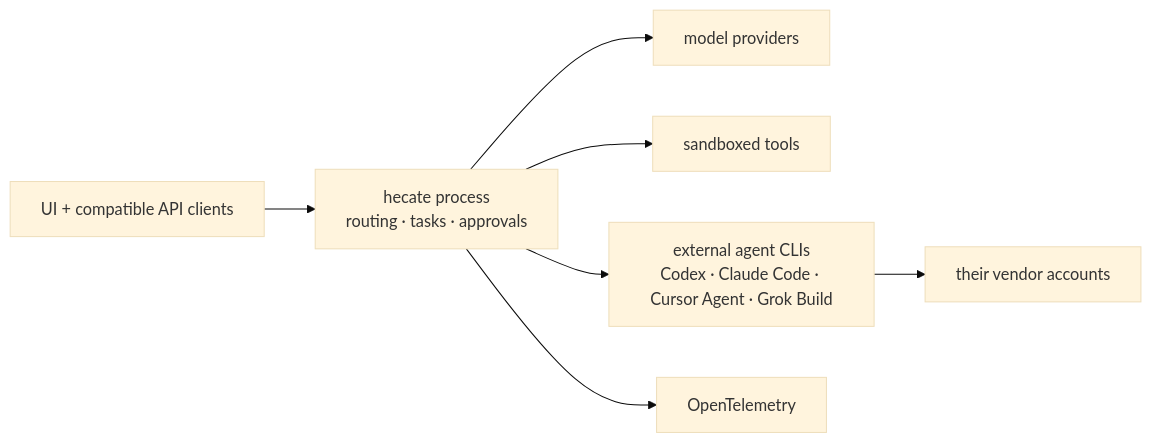
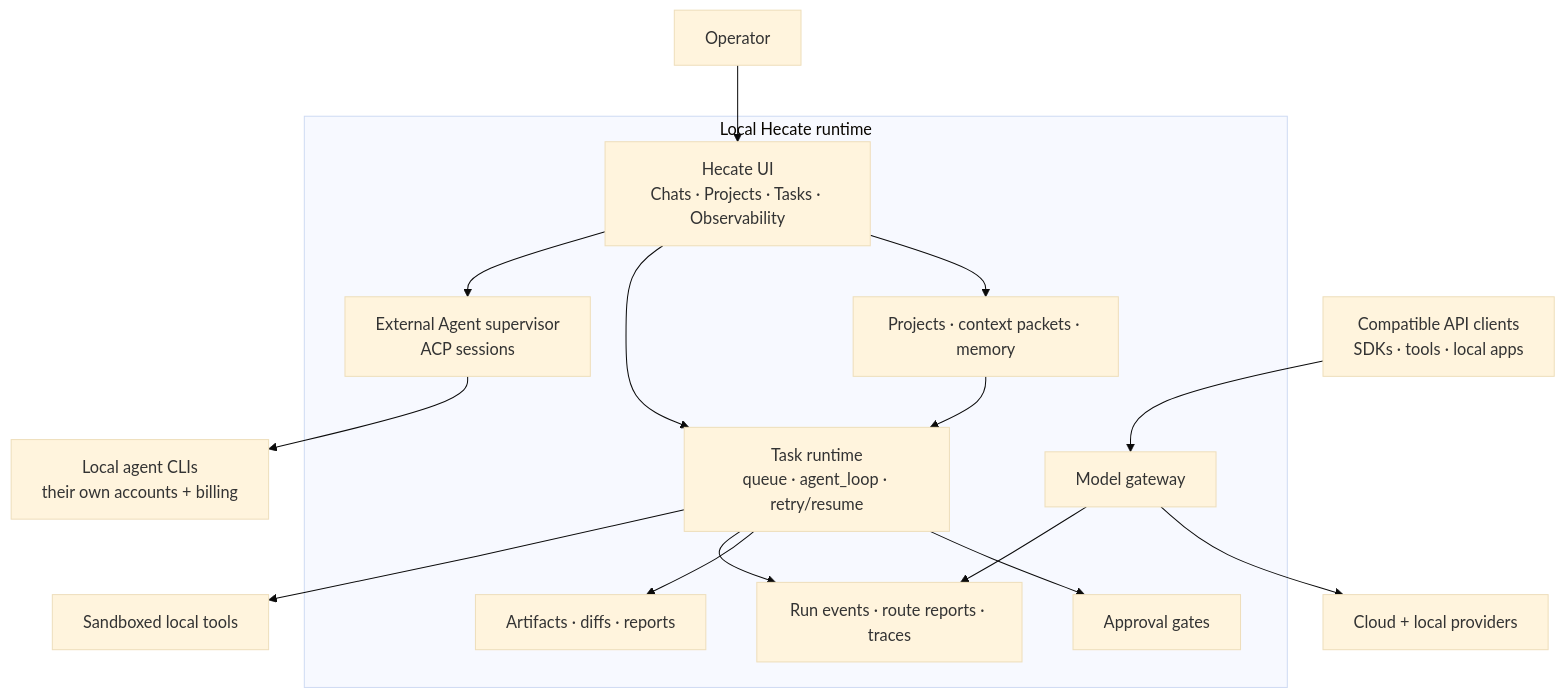
One commit to hecatehq/hecate changed the first of 2 diagrams in README.md. Above: the diagram before and after it, drawn with Mermaid (base theme). The commit also changed other lines of this file and 1 other file, not shown here.

````diff
--- a/README.md
+++ b/README.md
@@ -144,9 +69,28 @@
 ```mermaid
-flowchart LR
-    Clients["UI + compatible API clients"] --> Hecate["hecate process<br/>routing · tasks · approvals"]
-    Hecate --> Models["model providers"]
-    Hecate --> Tools["sandboxed tools"]
-    Hecate --> Agents["external agent CLIs<br/>Codex · Claude Code · Cursor Agent · Grok Build"]
-    Agents --> Accounts["their vendor accounts"]
-    Hecate --> Telemetry["OpenTelemetry"]
+flowchart TB
+    Operator["Operator"] --> UI["Hecate UI<br/>Chats · Projects · Tasks · Observability"]
+    APIClients["Compatible API clients<br/>SDKs · tools · local apps"] --> Gateway["Model gateway"]
+
+    subgraph Runtime["Local Hecate runtime"]
+        UI
+        Gateway
+        Projects["Projects · context packets · memory"]
+        Tasks["Task runtime<br/>queue · agent_loop · retry/resume"]
+        Approvals["Approval gates"]
+        Artifacts["Artifacts · diffs · reports"]
+        Events["Run events · route reports · traces"]
+        Adapters["External Agent supervisor<br/>ACP sessions"]
+    end
+
+    Gateway --> Providers["Cloud + local providers"]
+    UI --> Projects
+    UI --> Tasks
+    UI --> Adapters
+    Tasks --> Approvals
+    Tasks --> Artifacts
+    Tasks --> Events
+    Tasks --> Tools["Sandboxed local tools"]
+    Adapters --> ExternalCLIs["Local agent CLIs<br/>their own accounts + billing"]
+    Projects --> Tasks
+    Gateway --> Events
 ```
````
